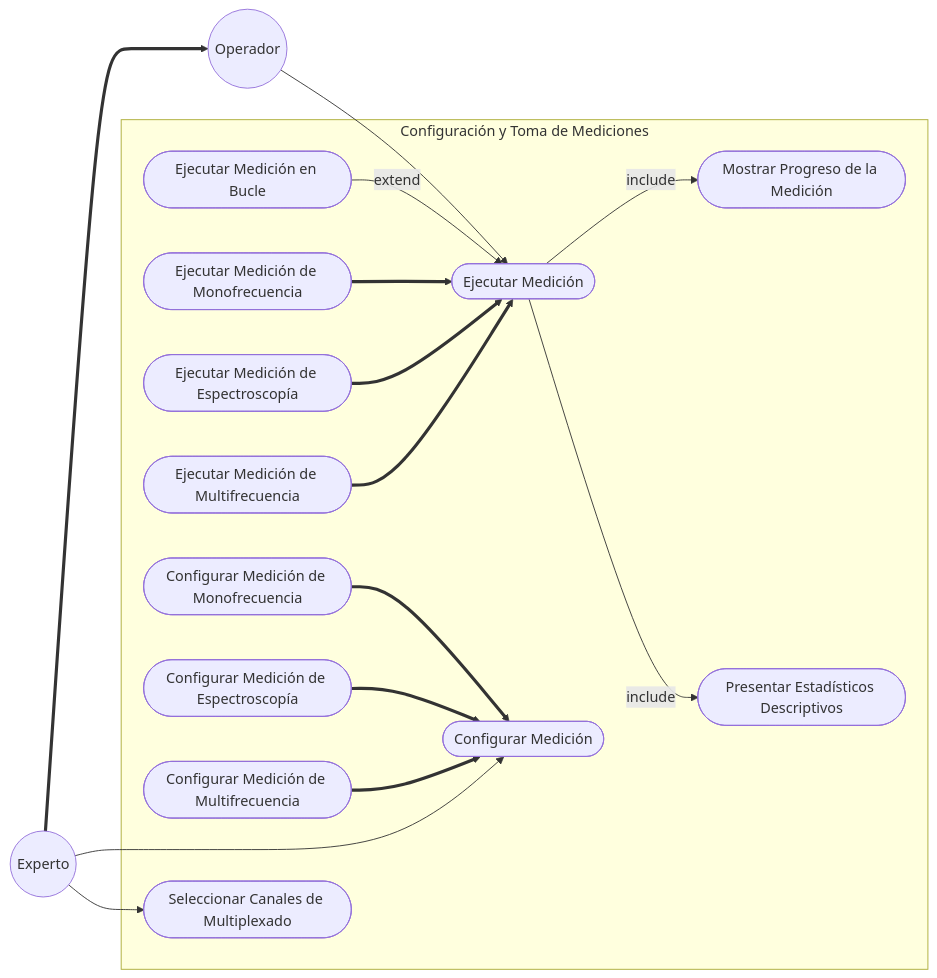
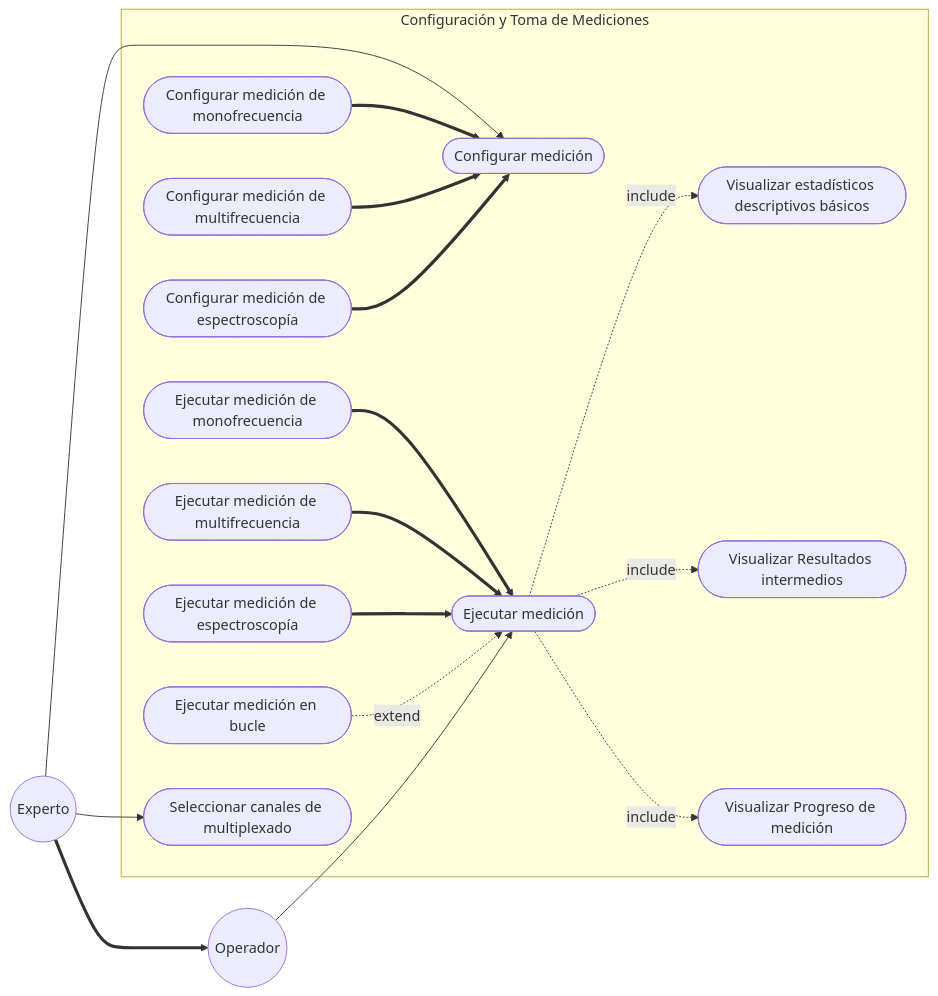
Before and after one commit to alegrelias/Repo-GMini: the fourth of 6 diagrams in Gmini-MarkDown/Casos de Uso.md, drawn with Mermaid. The commit also changed other lines of this file and 2 other files, not shown here.

Commit message:
Se modifican diagramas de casos de uso para mantener coherencia y se agrega rfequerimiento 'cerrar sesión'

````diff
--- a/Gmini-MarkDown/Casos de Uso.md
+++ b/Gmini-MarkDown/Casos de Uso.md
@@ -63,42 +63,47 @@
 ```mermaid
 flowchart LR
 %% Actores
 Operador((Operador))
 Experto((Experto))
 
 subgraph Configuración y Toma de Mediciones
-	CU1([Configurar Medición])
-	CU2([Ejecutar Medición])
-	CU3([Ejecutar Medición en Bucle])
-	CU4([Mostrar Progreso de la Medición])
-	CU5([Ejecutar Medición de Monofrecuencia])
-	CU6([Ejecutar Medición de Espectroscopía])
-	CU7([Ejecutar Medición de Multifrecuencia])
-	CU8([Configurar Medición de Monofrecuencia])
-	CU9([Configurar Medición de Espectroscopía])
-	CU10([Configurar Medición de Multifrecuencia])
-	CU11([Seleccionar Canales de Multiplexado])
-	CU12([Presentar Estadísticos Descriptivos])
+	CU1([Seleccionar canales de multiplexado])
+	CU2([Configurar medición])
+	CU3([Configurar medición de monofrecuencia])
+	CU4([Configurar medición de multifrecuencia])
+	CU5([Configurar medición de espectroscopía])
+	CU6([Ejecutar medición])
+	CU7([Ejecutar medición de monofrecuencia])
+	CU8([Ejecutar medición de multifrecuencia])
+	CU9([Ejecutar medición de espectroscopía])
+	CU10([Visualizar Progreso de medición])
+	CU11([Visualizar Resultados intermedios])
+	CU12([Visualizar estadísticos descriptivos básicos])
+	CU13([Ejecutar medición en bucle])
+	
 end
 
 %% Jerarquía
 Experto ==> Operador
 
 %% Generalización
+CU3 ==> CU2
+CU4 ==> CU2
 CU5 ==> CU2
-CU6 ==> CU2
-CU7 ==> CU2
-CU8 ==> CU1
-CU9 ==> CU1
-CU10 ==> CU1
+CU7 ==> CU6
+CU8 ==> CU6
+CU9 ==> CU6
+
 
 %% Asociaciones
 Experto --> CU1
-Experto --> CU11
-Operador --> CU2
+Experto --> CU2
+Operador --> CU6
 
 %% Relaciones Include/Extend
-CU3 --extend--> CU2
-CU2 --include--> CU4
-CU2 --include--> CU12
+CU6 -.include.-> CU10
+CU6 -.include.-> CU11
+CU6 -.include.-> CU12
+
+CU13 -.extend.-> CU6
 ```
````
